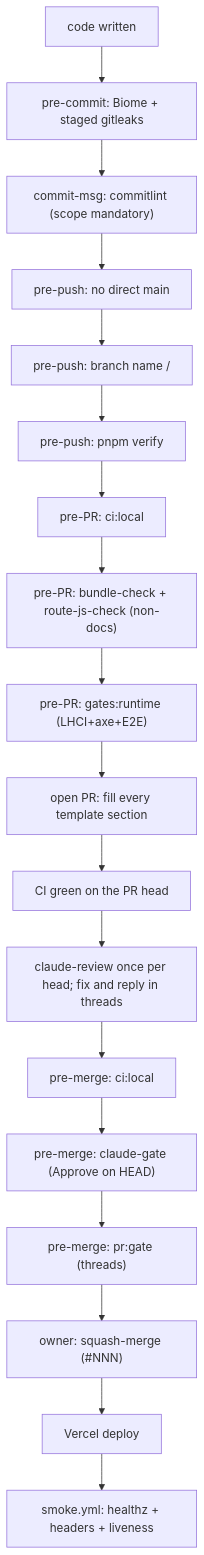
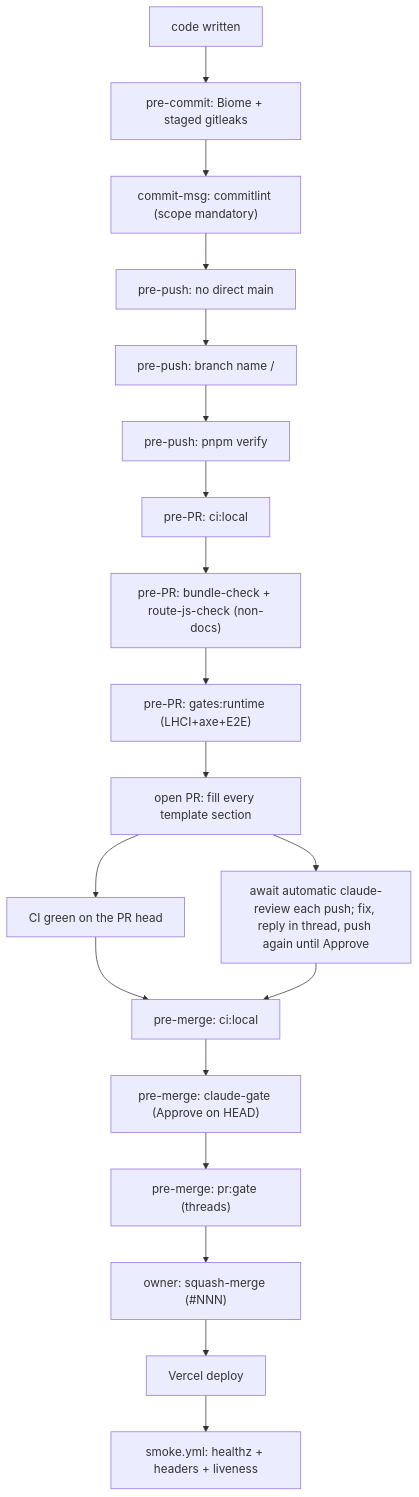
One commit to erikunha/portfolio changed the first of 2 diagrams in docs/handbook/review-merge-release.md. Above: the diagram before and after it, drawn with Mermaid. The commit also changed other lines of this file and 2 other files, not shown here.

First paragraph of the commit message:
docs(workflow): request claude-review on every push (#299)
* docs(workflow): request claude-review on every push

````diff
--- a/docs/handbook/review-merge-release.md
+++ b/docs/handbook/review-merge-release.md
@@ -7,20 +7,21 @@
 ```mermaid
 flowchart TD
     write["code written"] --> c1["pre-commit: Biome + staged gitleaks"]
     c1 --> c2["commit-msg: commitlint (scope mandatory)"]
     c2 --> p1["pre-push: no direct main"]
     p1 --> p2["pre-push: branch name <type>/<desc>"]
     p2 --> p5["pre-push: pnpm verify"]
     p5 --> r1["pre-PR: ci:local"]
     r1 --> r2["pre-PR: bundle-check + route-js-check (non-docs)"]
     r2 --> r4["pre-PR: gates:runtime (LHCI+axe+E2E)"]
     r4 --> o1["open PR: fill every template section"]
     o1 --> o1b["CI green on the PR head"]
-    o1b --> o2["claude-review once per head; fix and reply in threads"]
-    o2 --> m1["pre-merge: ci:local"]
+    o1 --> o2["await automatic claude-review each push; fix, reply in thread, push again until Approve"]
+    o1b --> m1["pre-merge: ci:local"]
+    o2 --> m1
     m1 --> m3["pre-merge: claude-gate (Approve on HEAD)"]
     m3 --> m4["pre-merge: pr:gate (threads)"]
     m4 --> merge["owner: squash-merge (#NNN)"]
     merge --> deploy["Vercel deploy"]
     deploy --> smoke["smoke.yml: healthz + headers + liveness"]
 ```
````
